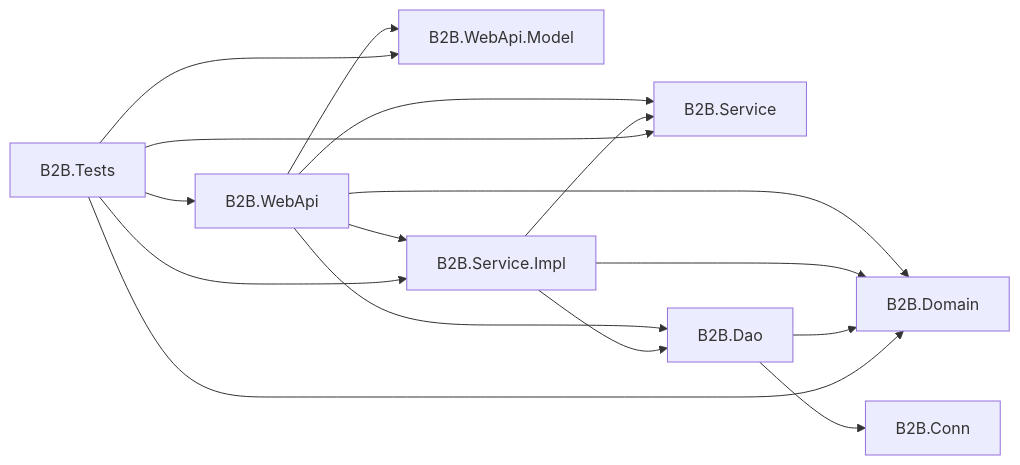
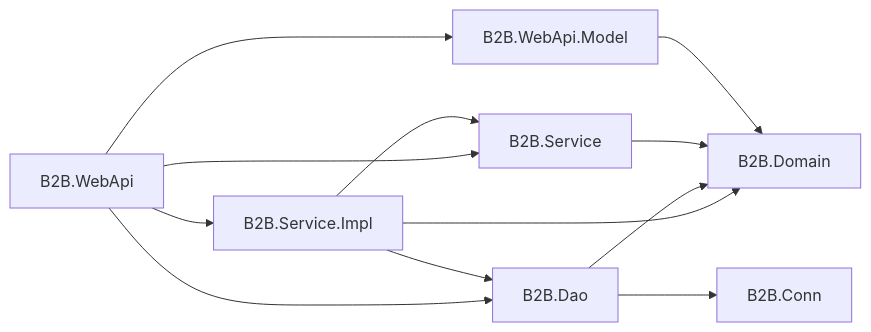
The first of 2 diagrams in README.md (rexmax1018/B2B_API), drawn with Mermaid before and after one commit. The commit also changed other lines of this file and 1 other file, not shown here.

````diff
--- a/README.md
+++ b/README.md
@@ -58,29 +168,14 @@
 ```mermaid
 flowchart LR
-    WebApi["B2B.WebApi"]
-    WebApiModel["B2B.WebApi.Model"]
-    Service["B2B.Service"]
-    ServiceImpl["B2B.Service.Impl"]
-    Domain["B2B.Domain"]
-    Dao["B2B.Dao"]
-    Conn["B2B.Conn"]
-    Tests["B2B.Tests"]
-
-    WebApi --> WebApiModel
-    WebApi --> Service
-    WebApi --> ServiceImpl
-    WebApi --> Dao
-    WebApi --> Domain
-
+    WebApi["B2B.WebApi"] --> WebApiModel["B2B.WebApi.Model"]
+    WebApi --> Service["B2B.Service"]
+    WebApi --> ServiceImpl["B2B.Service.Impl"]
+    WebApi --> Dao["B2B.Dao"]
     ServiceImpl --> Service
-    ServiceImpl --> Domain
     ServiceImpl --> Dao
+    ServiceImpl --> Domain["B2B.Domain"]
+    Dao --> Conn["B2B.Conn"]
     Dao --> Domain
-    Dao --> Conn
-
-    Tests --> WebApi
-    Tests --> WebApiModel
-    Tests --> Service
-    Tests --> ServiceImpl
-    Tests --> Domain
+    Service --> Domain
+    WebApiModel --> Domain
 ```
````
